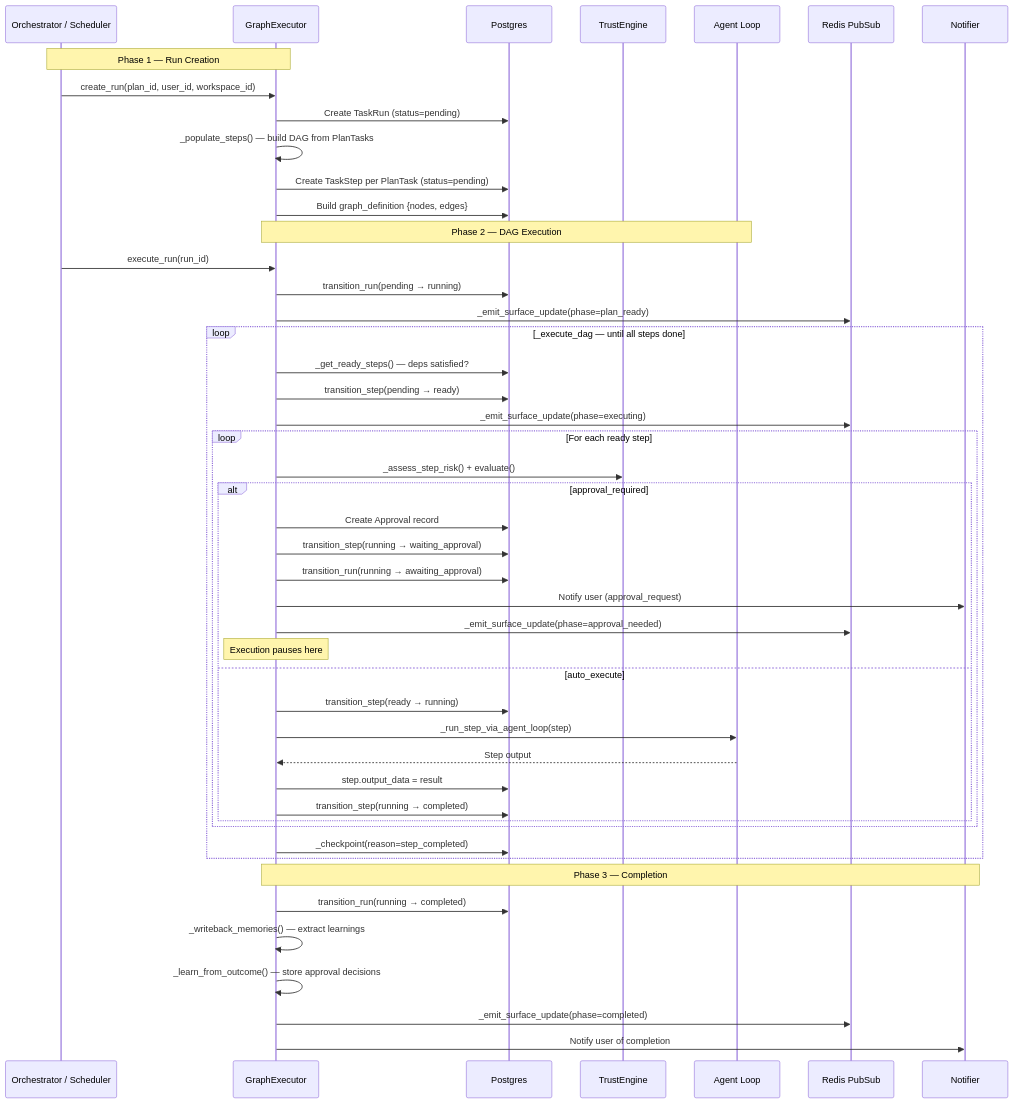
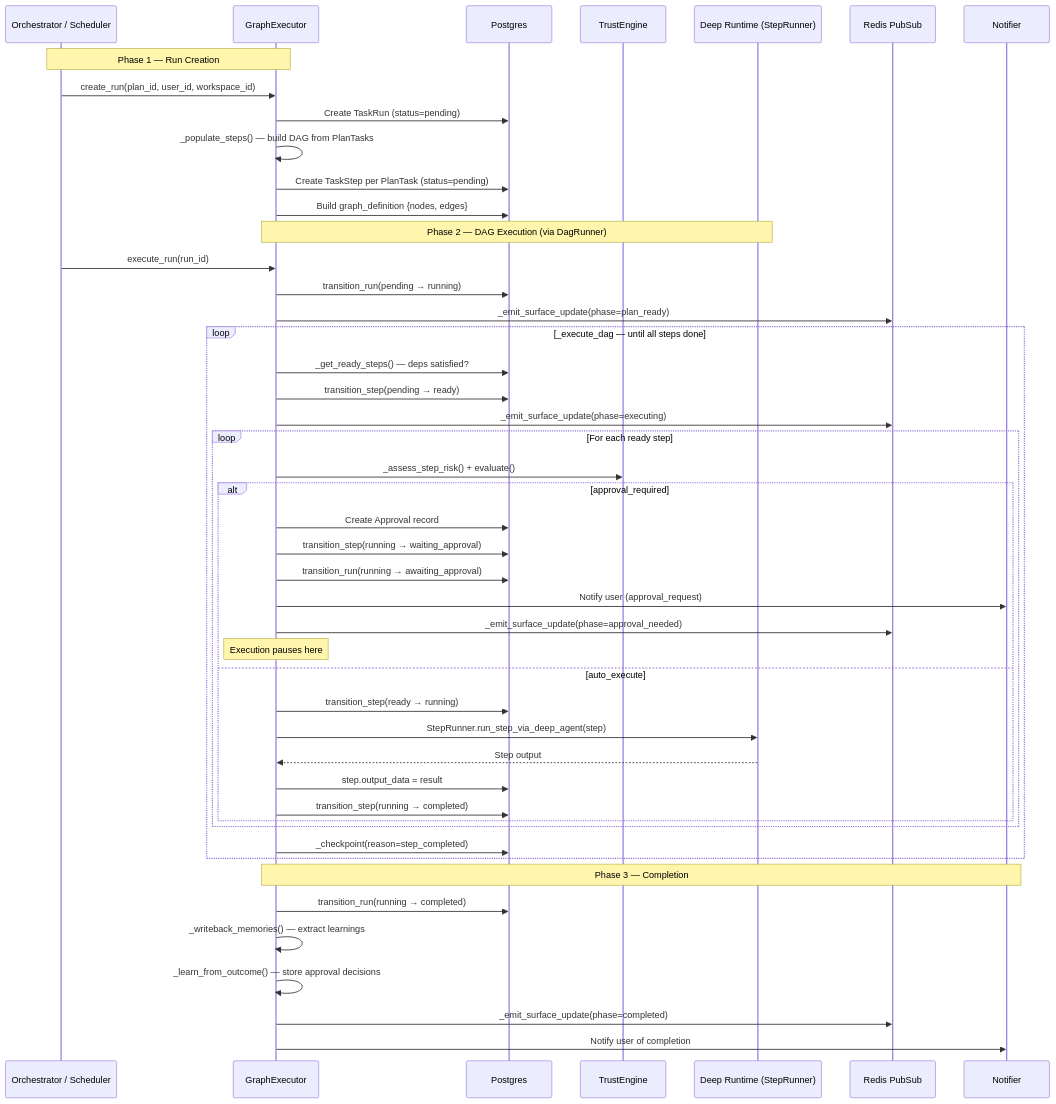
Before and after one commit to shivadharmi/muldro: the seventh of 17 diagrams in docs/architecture/plan-execution-deep-dive.md, drawn with Mermaid. The commit also changed other lines of this file and 14 other files, not shown here.

First line of the commit message:
docs: sync durable architecture docs with post-rebuild code

````diff
--- a/docs/architecture/plan-execution-deep-dive.md
+++ b/docs/architecture/plan-execution-deep-dive.md
@@ -361,55 +361,55 @@
 ```mermaid
 sequenceDiagram
     participant Caller as Orchestrator / Scheduler
     participant GE as GraphExecutor
     participant DB as Postgres
     participant TE as TrustEngine
-    participant AL as Agent Loop
+    participant AL as Deep Runtime (StepRunner)
     participant Redis as Redis PubSub
     participant NT as Notifier
 
     Note over Caller,GE: Phase 1 — Run Creation
     Caller->>GE: create_run(plan_id, user_id, workspace_id)
     GE->>DB: Create TaskRun (status=pending)
     GE->>GE: _populate_steps() — build DAG from PlanTasks
     GE->>DB: Create TaskStep per PlanTask (status=pending)
     GE->>DB: Build graph_definition {nodes, edges}
 
-    Note over GE,AL: Phase 2 — DAG Execution
+    Note over GE,AL: Phase 2 — DAG Execution (via DagRunner)
     Caller->>GE: execute_run(run_id)
     GE->>DB: transition_run(pending → running)
     GE->>Redis: _emit_surface_update(phase=plan_ready)
 
     loop _execute_dag — until all steps done
         GE->>DB: _get_ready_steps() — deps satisfied?
         GE->>DB: transition_step(pending → ready)
         GE->>Redis: _emit_surface_update(phase=executing)
 
         loop For each ready step
             GE->>TE: _assess_step_risk() + evaluate()
             alt approval_required
                 GE->>DB: Create Approval record
                 GE->>DB: transition_step(running → waiting_approval)
                 GE->>DB: transition_run(running → awaiting_approval)
                 GE->>NT: Notify user (approval_request)
                 GE->>Redis: _emit_surface_update(phase=approval_needed)
                 Note over GE: Execution pauses here
             else auto_execute
                 GE->>DB: transition_step(ready → running)
-                GE->>AL: _run_step_via_agent_loop(step)
+                GE->>AL: StepRunner.run_step_via_deep_agent(step)
                 AL-->>GE: Step output
                 GE->>DB: step.output_data = result
                 GE->>DB: transition_step(running → completed)
             end
         end
 
         GE->>DB: _checkpoint(reason=step_completed)
     end
 
     Note over GE,NT: Phase 3 — Completion
     GE->>DB: transition_run(running → completed)
     GE->>GE: _writeback_memories() — extract learnings
     GE->>GE: _learn_from_outcome() — store approval decisions
     GE->>Redis: _emit_surface_update(phase=completed)
     GE->>NT: Notify user of completion
 ```
````
